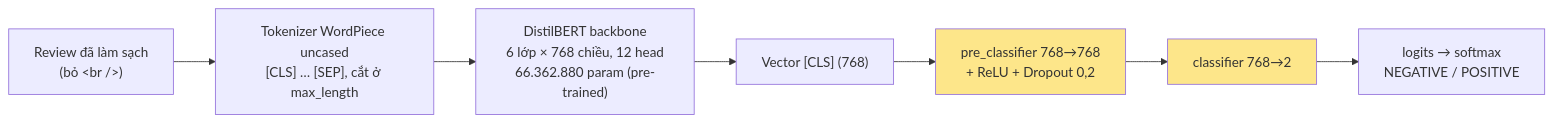
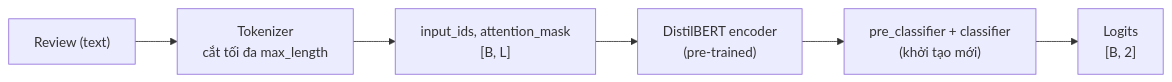
Before and after one commit to pptthu/Lab-DL: the diagram in labs/lab3/docs/models/distilbert_imdb_v1.md, drawn with Mermaid. The commit also changed other lines of this file and 89 other files, not shown here.

````diff
--- a/labs/lab3/docs/models/distilbert_imdb_v1.md
+++ b/labs/lab3/docs/models/distilbert_imdb_v1.md
@@ -24,11 +16,8 @@
 ```mermaid
 flowchart LR
-    A["Review đã làm sạch<br/>(bỏ &lt;br /&gt;)"] --> B["Tokenizer WordPiece uncased<br/>[CLS] … [SEP], cắt ở max_length"]
-    B --> C["DistilBERT backbone<br/>6 lớp × 768 chiều, 12 head<br/>66.362.880 param (pre-trained)"]
-    C --> D["Vector [CLS] (768)"]
-    D --> E["pre_classifier 768→768<br/>+ ReLU + Dropout 0,2"]
-    E --> F["classifier 768→2"]
-    F --> G["logits → softmax<br/>NEGATIVE / POSITIVE"]
-    style E fill:#fde68a
-    style F fill:#fde68a
+    T["Review (text)"] --> K["Tokenizer<br/>cắt tối đa max_length"]
+    K --> I["input_ids, attention_mask<br/>[B, L]"]
+    I --> E["DistilBERT encoder<br/>(pre-trained)"]
+    E --> H["pre_classifier + classifier<br/>(khởi tạo mới)"]
+    H --> O["Logits<br/>[B, 2]"]
 ```
````
